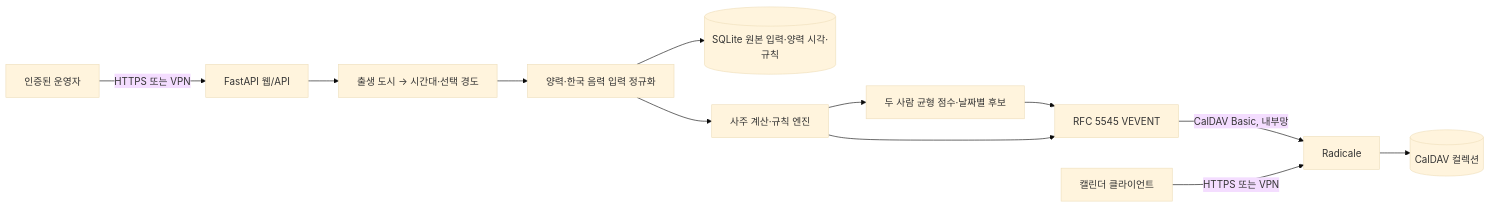
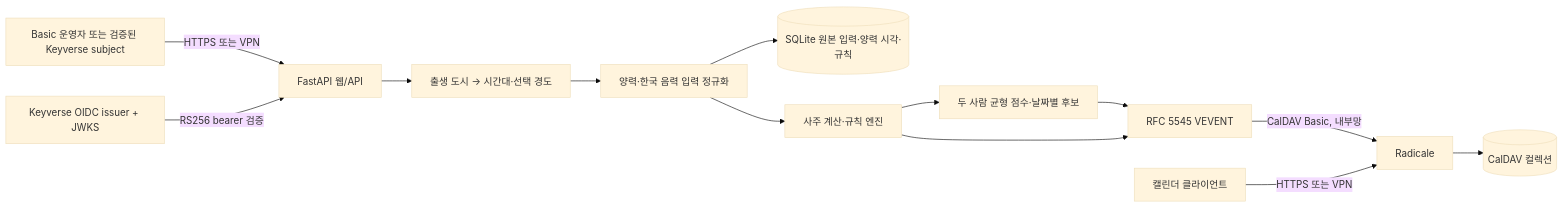
Before and after one commit to ContextualWisdomLab/saju-caldav: the diagram in docs/ARCHITECTURE.md, drawn with Mermaid (base theme). The commit also changed other lines of this file and 29 other files, not shown here.

First line of the commit message:
feat: add Keyverse OIDC tenant boundary (#29)

````diff
--- a/docs/ARCHITECTURE.md
+++ b/docs/ARCHITECTURE.md
@@ -3,14 +3,15 @@
 ```mermaid
 flowchart LR
-    O[인증된 운영자] -->|HTTPS 또는 VPN| W[FastAPI 웹/API]
+    O[Basic 운영자 또는 검증된 Keyverse subject] -->|HTTPS 또는 VPN| W[FastAPI 웹/API]
+    K[Keyverse OIDC issuer + JWKS] -->|RS256 bearer 검증| W
     W --> L[출생 도시 → 시간대·선택 경도]
     L --> N[양력·한국 음력 입력 정규화]
     N --> S[(SQLite 원본 입력·양력 시각·규칙)]
     N --> E[사주 계산·규칙 엔진]
     E --> P[두 사람 균형 점수·날짜별 후보]
     P --> I
     E --> I[RFC 5545 VEVENT]
     I -->|CalDAV Basic, 내부망| R[Radicale]
     R --> C[(CalDAV 컬렉션)]
     D[캘린더 클라이언트] -->|HTTPS 또는 VPN| R
 ```
````
